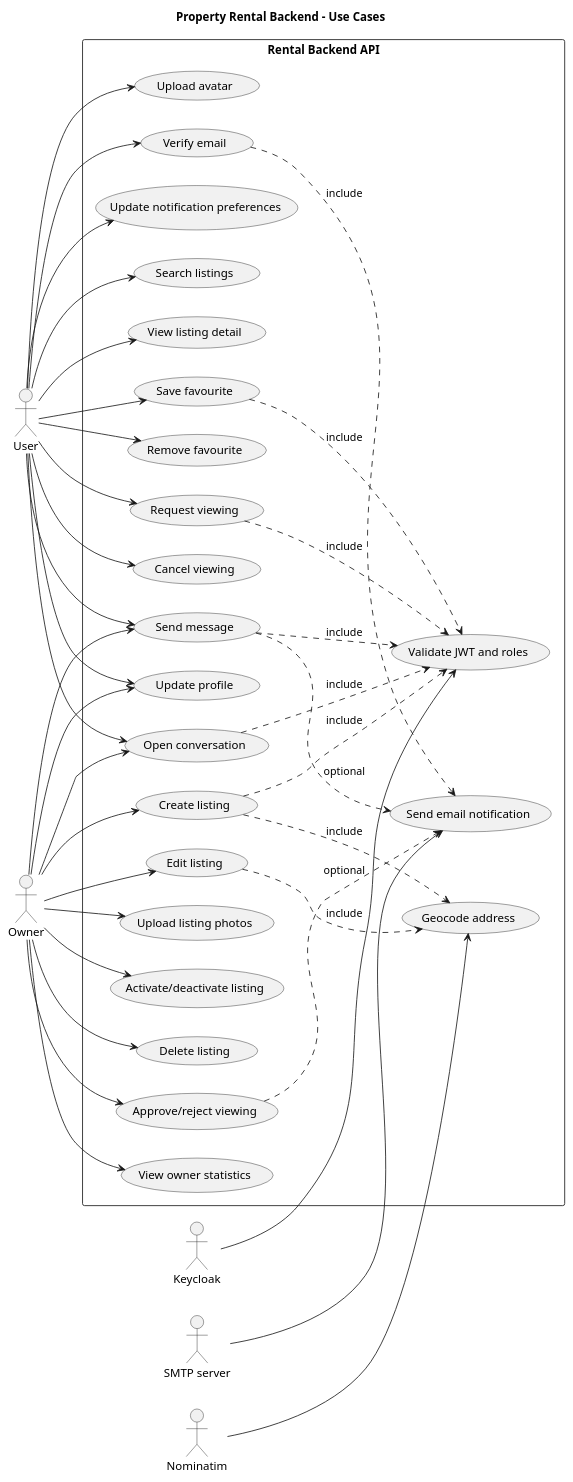
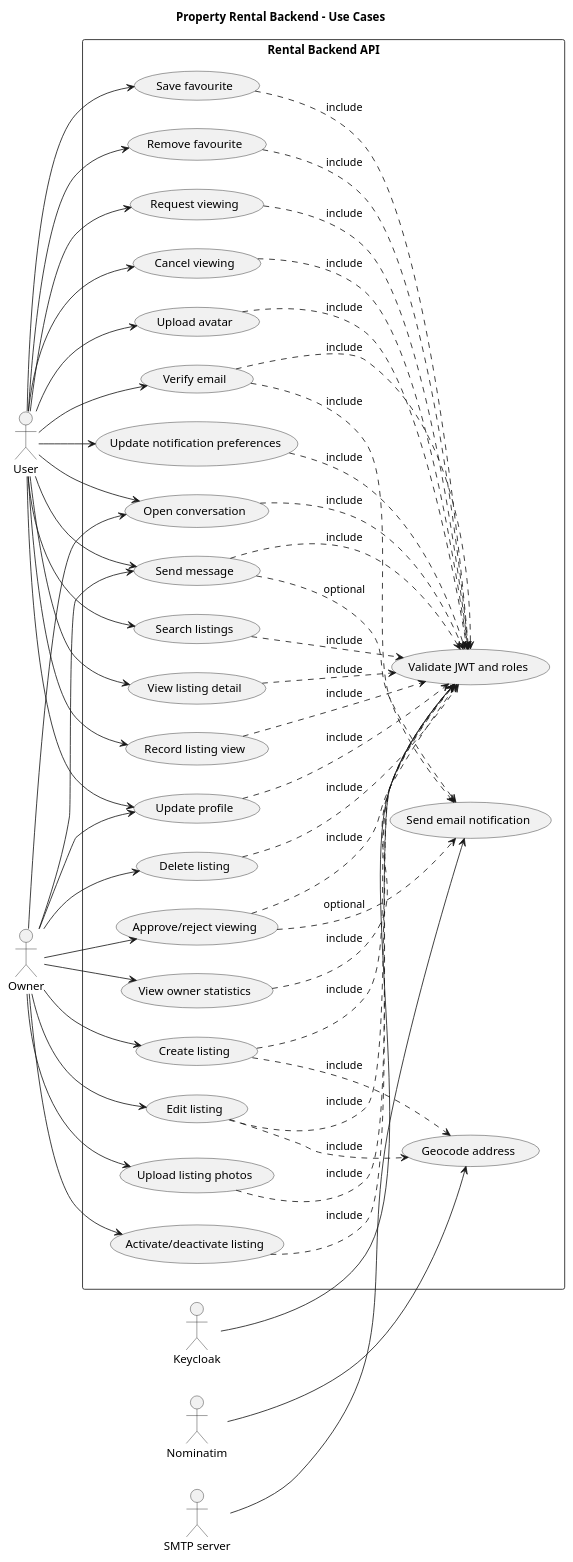
Before and after one commit to opoiasnik/FSA-BE: the diagram in docs/diagrams/backend-use-cases.puml, drawn with PlantUML. The commit also changed 4 other files, not shown here.

```diff
--- a/docs/diagrams/backend-use-cases.puml
+++ b/docs/diagrams/backend-use-cases.puml
@@ -1,79 +1,96 @@
 @startuml
 title Property Rental Backend - Use Cases
 
 left to right direction
 skinparam shadowing false
 
 actor "User" as user
 actor "Owner" as owner
 actor "Keycloak" as keycloak
 actor "Nominatim" as nominatim
 actor "SMTP server" as smtp
 
 rectangle "Rental Backend API" {
   usecase "Search listings" as UC_Search
   usecase "View listing detail" as UC_Detail
+  usecase "Record listing view" as UC_RecordView
   usecase "Save favourite" as UC_Fav
   usecase "Remove favourite" as UC_Unfav
   usecase "Open conversation" as UC_OpenConv
   usecase "Send message" as UC_SendMsg
   usecase "Request viewing" as UC_RequestViewing
   usecase "Cancel viewing" as UC_CancelViewing
   usecase "Update profile" as UC_Profile
   usecase "Upload avatar" as UC_Avatar
   usecase "Verify email" as UC_VerifyEmail
   usecase "Update notification preferences" as UC_Notif
 
   usecase "Create listing" as UC_CreateListing
   usecase "Edit listing" as UC_EditListing
   usecase "Upload listing photos" as UC_Photos
   usecase "Activate/deactivate listing" as UC_Status
   usecase "Delete listing" as UC_DeleteListing
   usecase "Approve/reject viewing" as UC_ProcessViewing
   usecase "View owner statistics" as UC_Stats
 
   usecase "Validate JWT and roles" as UC_Auth
   usecase "Geocode address" as UC_Geocode
   usecase "Send email notification" as UC_Email
 }
 
 user --> UC_Search
 user --> UC_Detail
+user --> UC_RecordView
 user --> UC_Fav
 user --> UC_Unfav
 user --> UC_OpenConv
 user --> UC_SendMsg
 user --> UC_RequestViewing
 user --> UC_CancelViewing
 user --> UC_Profile
 user --> UC_Avatar
 user --> UC_VerifyEmail
 user --> UC_Notif
 
 owner --> UC_CreateListing
 owner --> UC_EditListing
 owner --> UC_Photos
 owner --> UC_Status
 owner --> UC_DeleteListing
 owner --> UC_ProcessViewing
 owner --> UC_Stats
 owner --> UC_OpenConv
 owner --> UC_SendMsg
 owner --> UC_Profile
 
 UC_Fav ..> UC_Auth : include
+UC_Unfav ..> UC_Auth : include
+UC_Search ..> UC_Auth : include
+UC_Detail ..> UC_Auth : include
+UC_RecordView ..> UC_Auth : include
 UC_OpenConv ..> UC_Auth : include
 UC_SendMsg ..> UC_Auth : include
 UC_RequestViewing ..> UC_Auth : include
+UC_CancelViewing ..> UC_Auth : include
+UC_Profile ..> UC_Auth : include
+UC_Avatar ..> UC_Auth : include
+UC_VerifyEmail ..> UC_Auth : include
+UC_Notif ..> UC_Auth : include
 UC_CreateListing ..> UC_Auth : include
+UC_EditListing ..> UC_Auth : include
+UC_Photos ..> UC_Auth : include
+UC_Status ..> UC_Auth : include
+UC_DeleteListing ..> UC_Auth : include
+UC_ProcessViewing ..> UC_Auth : include
+UC_Stats ..> UC_Auth : include
 UC_CreateListing ..> UC_Geocode : include
 UC_EditListing ..> UC_Geocode : include
 UC_ProcessViewing ..> UC_Email : optional
 UC_SendMsg ..> UC_Email : optional
 UC_VerifyEmail ..> UC_Email : include
 
 keycloak --> UC_Auth
 nominatim --> UC_Geocode
 smtp --> UC_Email
 
 @enduml
```
